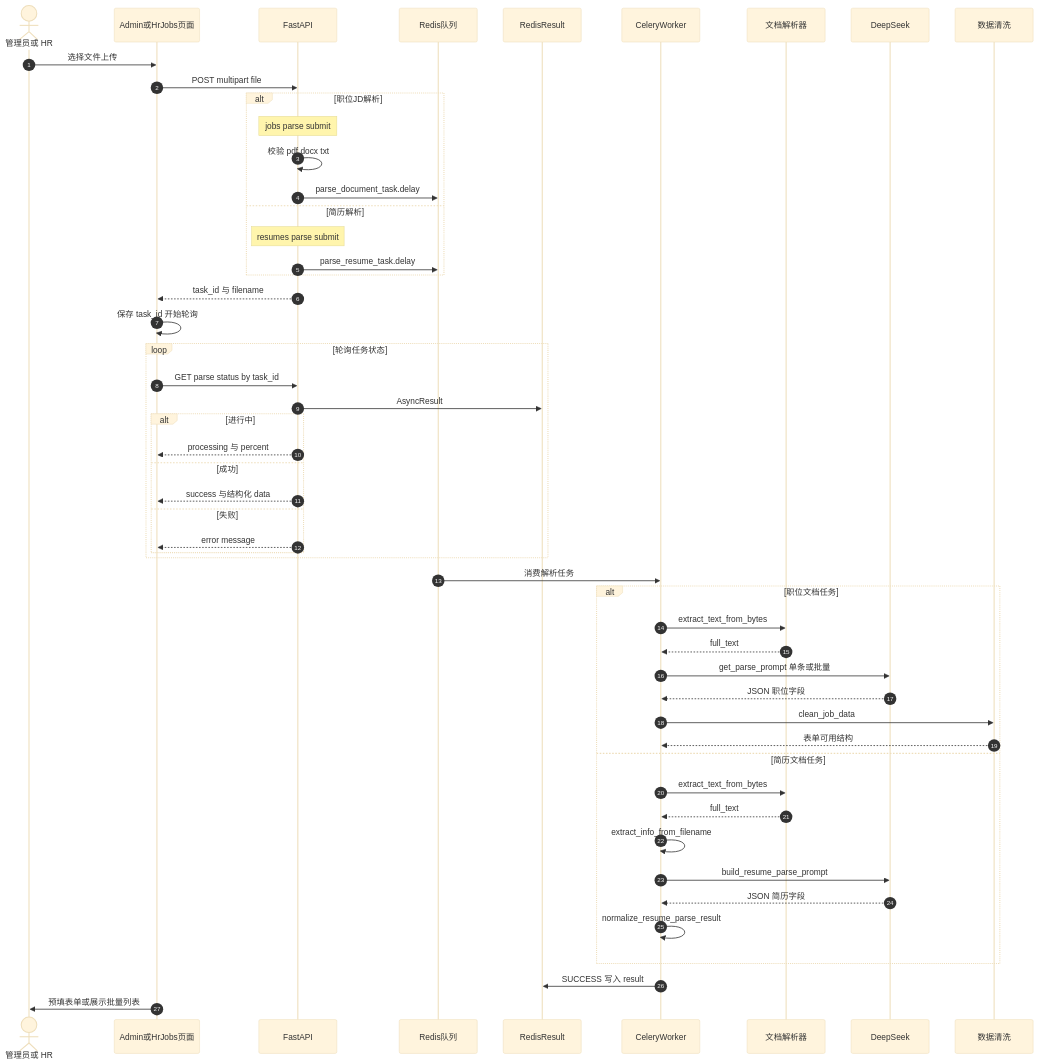
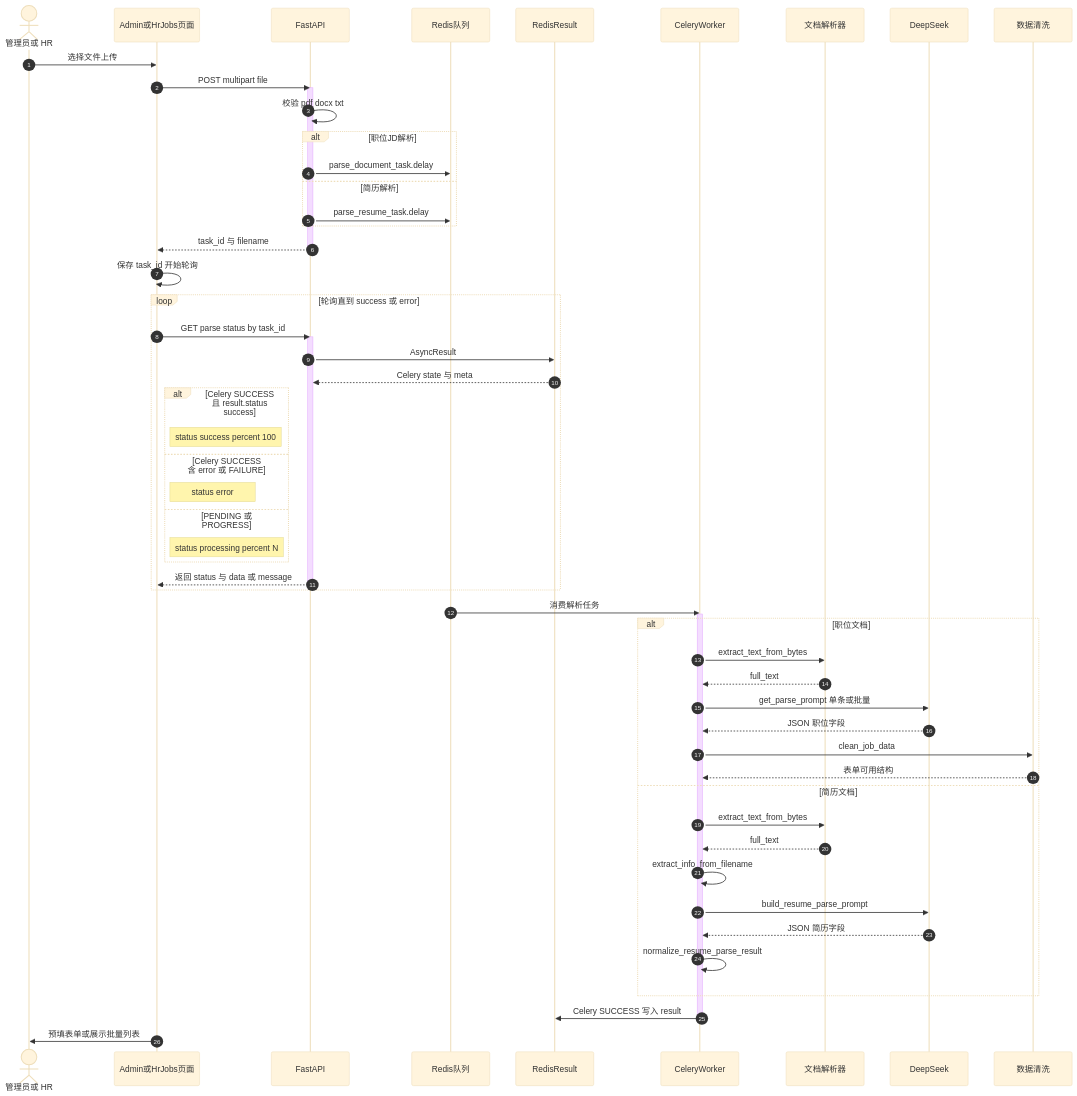
The diagram in docs/parse-sequence.md (kwang-zoed/talenflow-ai), drawn with Mermaid (base theme) before and after one commit. The commit also changed other lines of this file and 128 other files, not shown here.

````diff
--- a/docs/parse-sequence.md
+++ b/docs/parse-sequence.md
@@ -19,61 +17,64 @@
 ```mermaid
 sequenceDiagram
     autonumber
     actor A as 管理员或 HR
     participant FE as Admin或HrJobs页面
-    participant API as FastAPI
+    participant SVR as FastAPI
     participant RQ as Redis队列
     participant RB as RedisResult
     participant WK as CeleryWorker
     participant DP as 文档解析器
     participant LLM as DeepSeek
     participant CLN as 数据清洗
 
     A->>FE: 选择文件上传
-    FE->>API: POST multipart file
-
+    FE->>SVR: POST multipart file
+    activate SVR
+    SVR->>SVR: 校验 pdf docx txt
     alt 职位JD解析
-        Note over API: jobs parse submit
-        API->>API: 校验 pdf docx txt
-        API->>RQ: parse_document_task.delay
+        SVR->>RQ: parse_document_task.delay
     else 简历解析
-        Note over API: resumes parse submit
-        API->>RQ: parse_resume_task.delay
+        SVR->>RQ: parse_resume_task.delay
     end
-
-    API-->>FE: task_id 与 filename
+    SVR-->>FE: task_id 与 filename
+    deactivate SVR
     FE->>FE: 保存 task_id 开始轮询
 
-    loop 轮询任务状态
-        FE->>API: GET parse status by task_id
-        API->>RB: AsyncResult
-        alt 进行中
-            API-->>FE: processing 与 percent
-        else 成功
-            API-->>FE: success 与结构化 data
-        else 失败
-            API-->>FE: error message
+    loop 轮询直到 success 或 error
+        FE->>SVR: GET parse status by task_id
+        activate SVR
+        SVR->>RB: AsyncResult
+        RB-->>SVR: Celery state 与 meta
+        alt Celery SUCCESS 且 result.status success
+            Note right of FE: status success percent 100
+        else Celery SUCCESS 含 error 或 FAILURE
+            Note right of FE: status error
+        else PENDING 或 PROGRESS
+            Note right of FE: status processing percent N
         end
+        SVR-->>FE: 返回 status 与 data 或 message
+        deactivate SVR
     end
 
     RQ->>WK: 消费解析任务
-
-    alt 职位文档任务
+    activate WK
+    alt 职位文档
         WK->>DP: extract_text_from_bytes
         DP-->>WK: full_text
         WK->>LLM: get_parse_prompt 单条或批量
         LLM-->>WK: JSON 职位字段
         WK->>CLN: clean_job_data
         CLN-->>WK: 表单可用结构
-    else 简历文档任务
+    else 简历文档
         WK->>DP: extract_text_from_bytes
         DP-->>WK: full_text
         WK->>WK: extract_info_from_filename
         WK->>LLM: build_resume_parse_prompt
         LLM-->>WK: JSON 简历字段
         WK->>WK: normalize_resume_parse_result
     end
+    WK->>RB: Celery SUCCESS 写入 result
+    deactivate WK
 
-    WK->>RB: SUCCESS 写入 result
     FE->>A: 预填表单或展示批量列表
 ```
````
